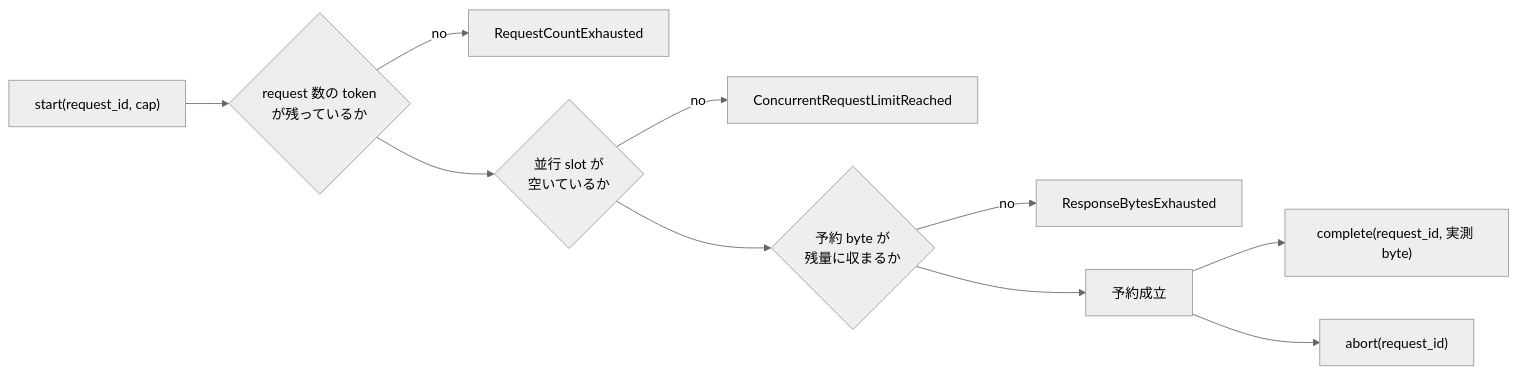
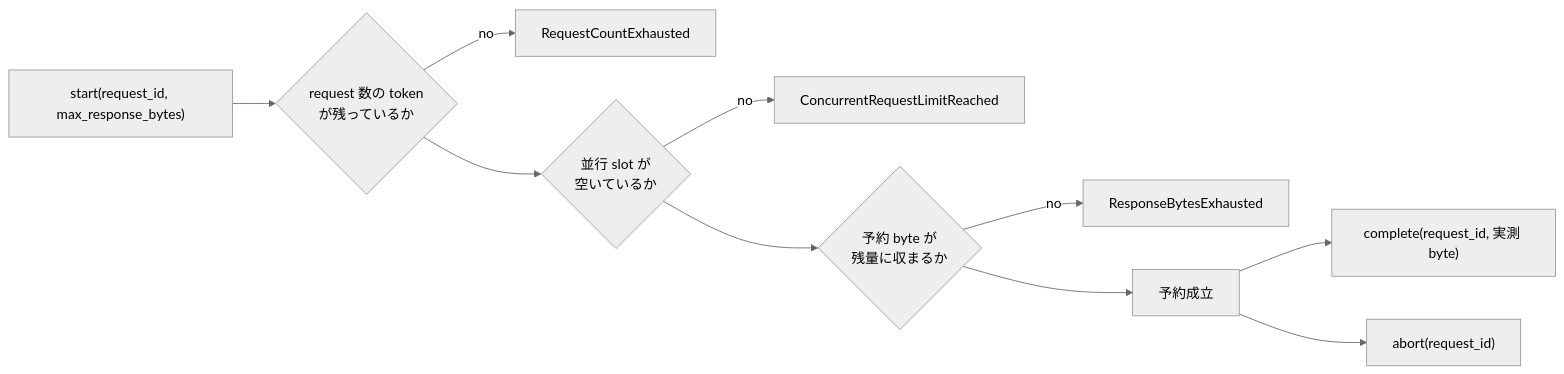
One commit to Aqua-218/SecCamp-AIAgent changed the diagram in docs/egress-protocol/session-budget.md. Above: the diagram before and after it, drawn with Mermaid (neutral theme). The commit also changed other lines of this file, not shown here.

````diff
--- a/docs/egress-protocol/session-budget.md
+++ b/docs/egress-protocol/session-budget.md
@@ -24,12 +24,12 @@
 ```mermaid
 flowchart LR
-    start["start(request_id, cap)"] --> c1{"request 数の token<br/>が残っているか"}
+    start["start(request_id, max_response_bytes)"] --> c1{"request 数の token<br/>が残っているか"}
     c1 -->|no| e1["RequestCountExhausted"]
     c1 --> c2{"並行 slot が<br/>空いているか"}
     c2 -->|no| e2["ConcurrentRequestLimitReached"]
     c2 --> c3{"予約 byte が<br/>残量に収まるか"}
     c3 -->|no| e3["ResponseBytesExhausted"]
     c3 --> ok["予約成立"]
     ok --> comp["complete(request_id, 実測 byte)"]
     ok --> ab["abort(request_id)"]
 ```
````
